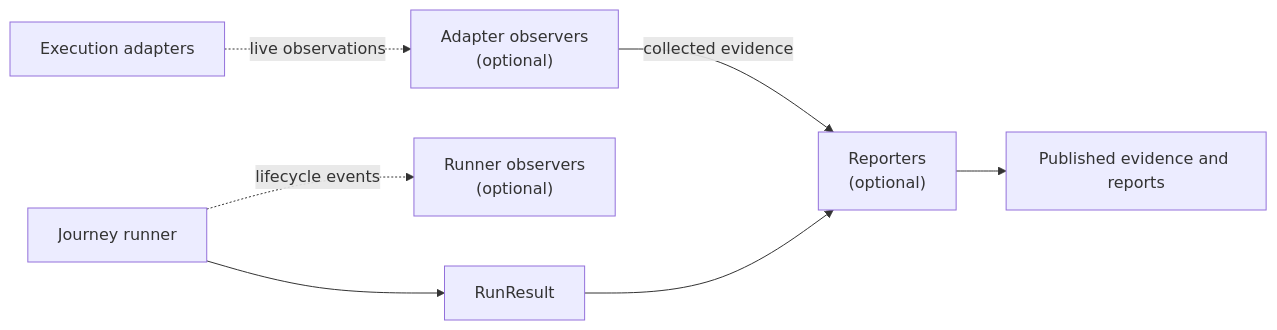
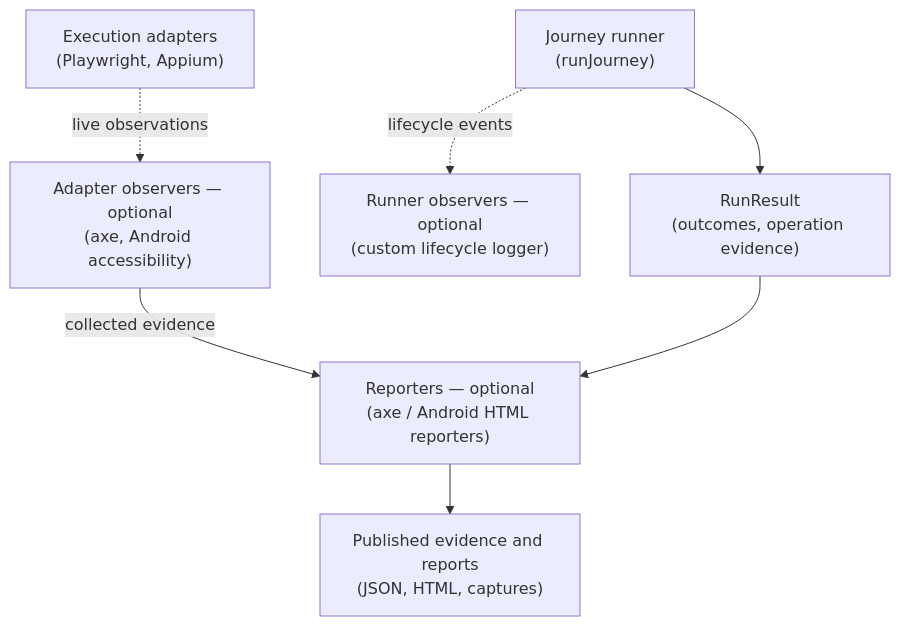
One commit to openuji/journey-mesh changed the fifth of 5 diagrams in README.md. Above: the diagram before and after it, drawn with Mermaid. The commit also changed other lines of this file, not shown here.

````diff
--- a/README.md
+++ b/README.md
@@ -89,9 +137,9 @@
 ```mermaid
-flowchart LR
-  runner["Journey runner"] --> result["RunResult"]
-  runner -.->|lifecycle events| lifecycle["Runner observers<br/>(optional)"]
-  adapters["Execution adapters"] -.->|live observations| capture["Adapter observers<br/>(optional)"]
-  capture -->|collected evidence| reporters["Reporters<br/>(optional)"]
+flowchart TB
+  runner["Journey runner<br/>(runJourney)"] --> result["RunResult<br/>(outcomes, operation evidence)"]
+  runner -.->|lifecycle events| lifecycle["Runner observers — optional<br/>(custom lifecycle logger)"]
+  adapters["Execution adapters<br/>(Playwright, Appium)"] -.->|live observations| capture["Adapter observers — optional<br/>(axe, Android accessibility)"]
+  capture -->|collected evidence| reporters["Reporters — optional<br/>(axe / Android HTML reporters)"]
   result --> reporters
-  reporters --> output["Published evidence and reports"]
+  reporters --> output["Published evidence and reports<br/>(JSON, HTML, captures)"]
 ```
````
